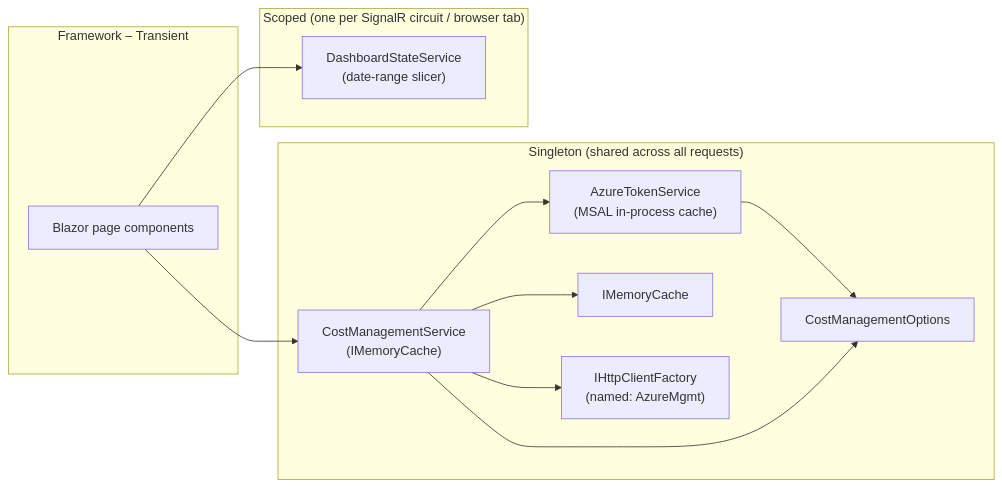
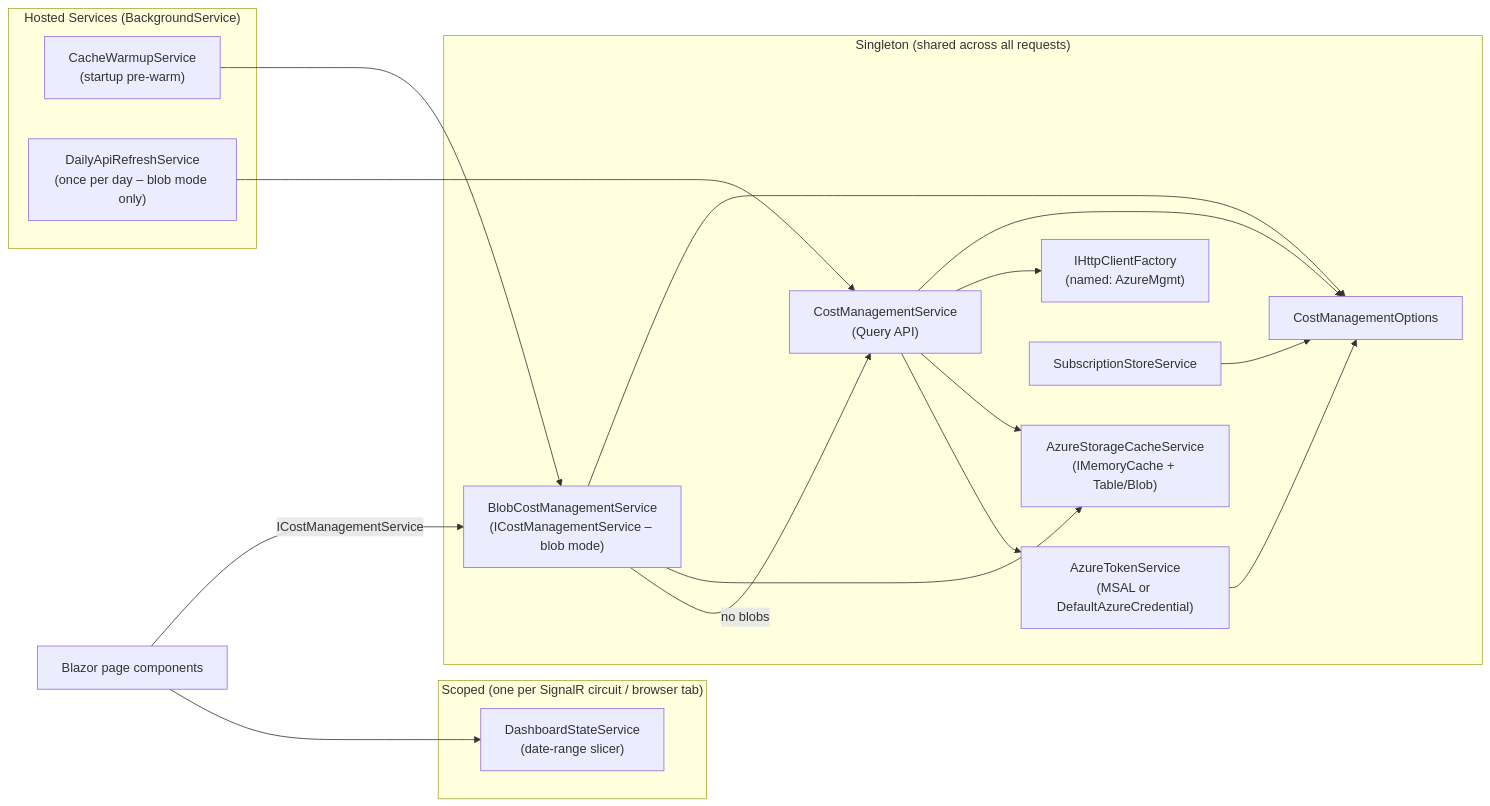
One commit to tdsnxnielsen-mikkelbach/CmCSP changed the seventh of 7 diagrams in README.md. Above: the diagram before and after it, drawn with Mermaid. The commit also changed other lines of this file and 25 other files, not shown here.

````diff
--- a/README.md
+++ b/README.md
@@ -615,26 +797,35 @@
 ```mermaid
 graph LR
     subgraph Singleton["Singleton (shared across all requests)"]
         Opts["CostManagementOptions"]
-        Token["AzureTokenService\n(MSAL in-process cache)"]
-        CostSvc["CostManagementService\n(IMemoryCache)"]
-        Cache["IMemoryCache"]
+        Token["AzureTokenService\n(MSAL or DefaultAzureCredential)"]
+        CostSvc["CostManagementService\n(Query API)"]        
+        BlobSvc["BlobCostManagementService\n(ICostManagementService – blob mode)"]        
+        AzCache["AzureStorageCacheService\n(IMemoryCache + Table/Blob)"]
         HttpFactory["IHttpClientFactory\n(named: AzureMgmt)"]
+        SubStore["SubscriptionStoreService"]
+    end
+
+    subgraph Hosted["Hosted Services (BackgroundService)"]
+        Warmup["CacheWarmupService\n(startup pre-warm)"]
+        Daily["DailyApiRefreshService\n(once per day – blob mode only)"]
     end
 
     subgraph Scoped["Scoped (one per SignalR circuit / browser tab)"]
         State["DashboardStateService\n(date-range slicer)"]
     end
 
-    subgraph Transient["Framework – Transient"]
-        Pages["Blazor page components"]
-    end
-
-    Pages --> State
-    Pages --> CostSvc
+    Pages["Blazor page components"] --> State
+    Pages -->|"ICostManagementService"| BlobSvc
+    Warmup --> BlobSvc
+    Daily --> CostSvc
+    BlobSvc -->|"no blobs"| CostSvc
+    BlobSvc --> AzCache
     CostSvc --> Token
-    CostSvc --> Cache
+    CostSvc --> AzCache
     CostSvc --> HttpFactory
     Token --> Opts
     CostSvc --> Opts
+    BlobSvc --> Opts
+    SubStore --> Opts
 ```
````
